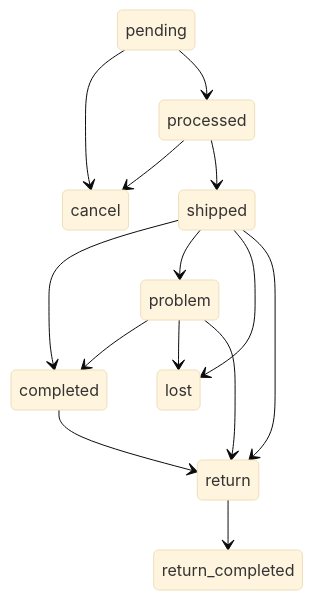
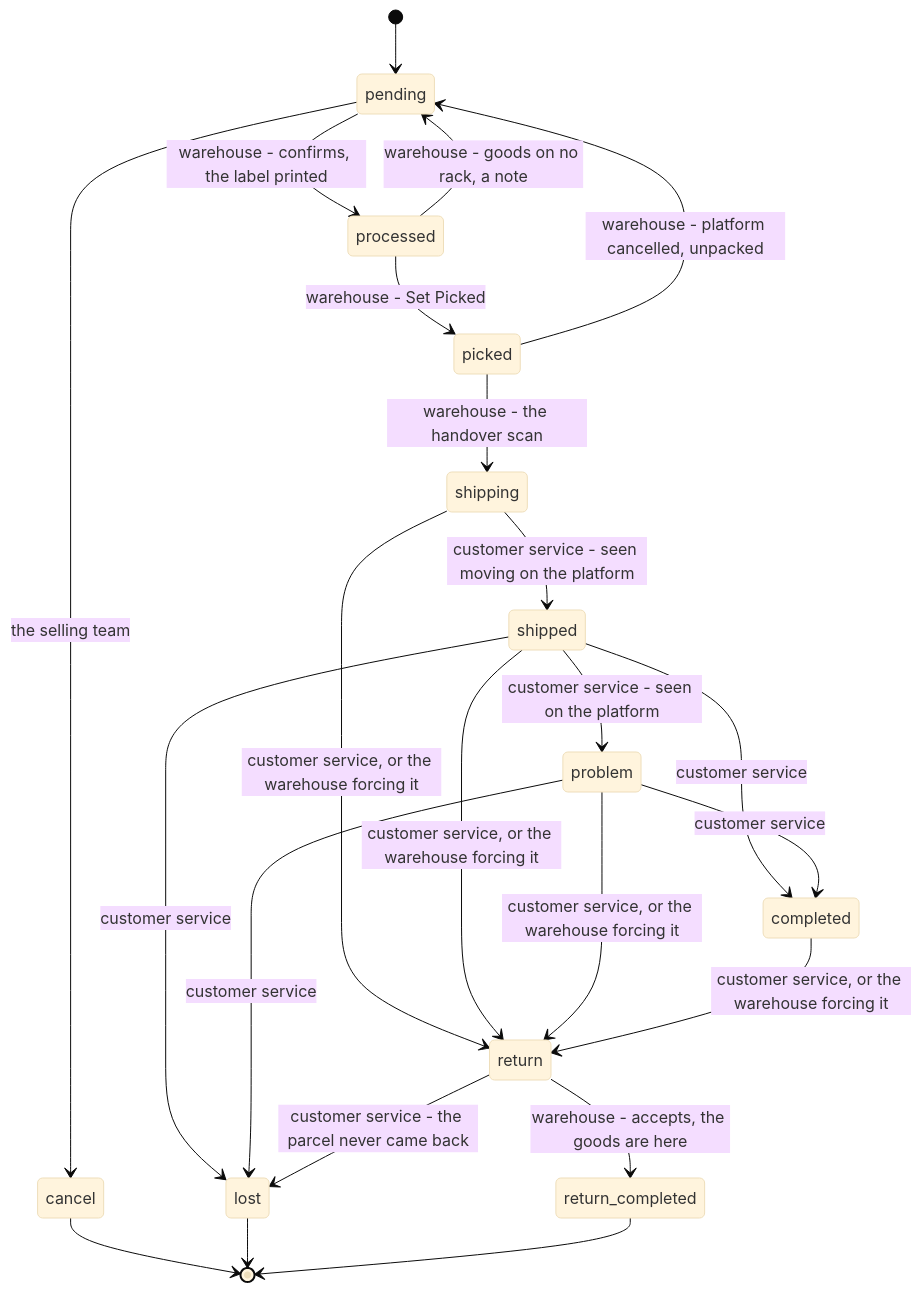
The first of 6 diagrams in docs/business/order/context.md (pdcgo/warehouse_revamp), drawn with Mermaid (base theme) before and after one commit. The commit also changed other lines of this file and 6 other files, not shown here.

First line of the commit message:
docs(order): order context closed — who moves each status, the redrawn status move and creation flow

````diff
--- a/docs/business/order/context.md
+++ b/docs/business/order/context.md
@@ -148,17 +149,25 @@
     ```mermaid
     stateDiagram-v2
-
-    pending-->cancel
-    pending-->processed
-    processed-->cancel
-    processed-->shipped
-    shipped-->completed
-    shipped-->problem
-    problem-->completed
-    problem-->lost
-    problem-->return
-    shipped-->lost
-    shipped-->return
-    completed-->return
-    return-->return_completed
+    [*] --> pending
+    pending --> processed: warehouse - confirms, the label printed
+    pending --> cancel: the selling team
+    processed --> pending: warehouse - goods on no rack, a note
+    processed --> picked: warehouse - Set Picked
+    picked --> pending: warehouse - platform cancelled, unpacked
+    picked --> shipping: warehouse - the handover scan
+    shipping --> shipped: customer service - seen moving on the platform
+    shipping --> return: customer service, or the warehouse forcing it
+    shipped --> completed: customer service
+    shipped --> problem: customer service - seen on the platform
+    shipped --> lost: customer service
+    shipped --> return: customer service, or the warehouse forcing it
+    problem --> completed: customer service
+    problem --> lost: customer service
+    problem --> return: customer service, or the warehouse forcing it
+    completed --> return: customer service, or the warehouse forcing it
+    return --> return_completed: warehouse - accepts, the goods are here
+    return --> lost: customer service - the parcel never came back
+    cancel --> [*]
+    lost --> [*]
+    return_completed --> [*]
     ```
````
